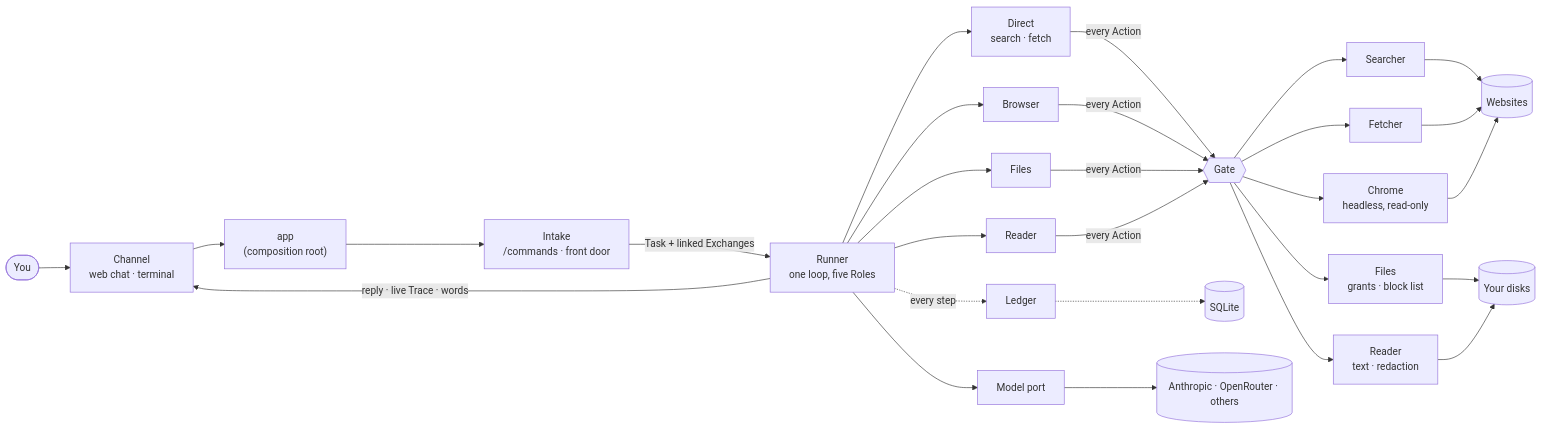
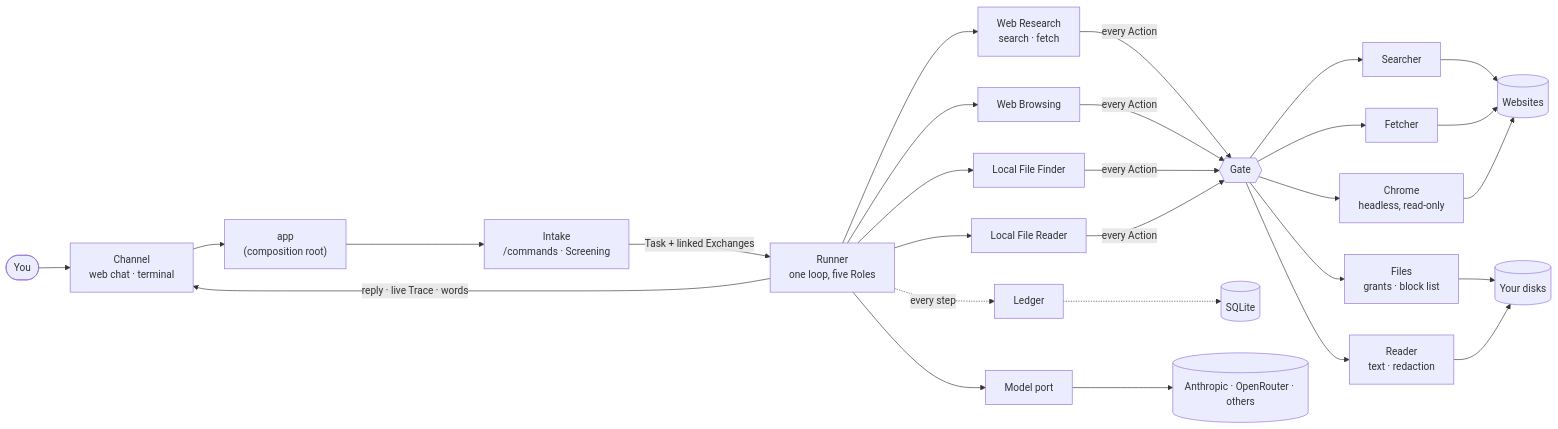
One commit to orijeet100/Stepout-AI changed the diagram in docs/architecture.md. Above: the diagram before and after it, drawn with Mermaid. The commit also changed other lines of this file and 78 other files, not shown here.

First line of the commit message:
refactor: name agents by use case; retire "front door" and "hand"

````diff
--- a/docs/architecture.md
+++ b/docs/architecture.md
@@ -7,12 +7,12 @@
 ```mermaid
 flowchart LR
-    You(["You"]) --> Channel["Channel<br/>web chat · terminal"] --> App["app<br/>(composition root)"] --> Intake["Intake<br/>/commands · front door"]
+    You(["You"]) --> Channel["Channel<br/>web chat · terminal"] --> App["app<br/>(composition root)"] --> Intake["Intake<br/>/commands · Screening"]
     Intake -->|Task + linked Exchanges| Runner["Runner<br/>one loop, five Roles"]
     Runner -->|reply · live Trace · words| Channel
-    Runner --> Direct["Direct<br/>search · fetch"] & BrowserA["Browser"] & FilesA["Files"] & ReaderA["Reader"]
+    Runner --> Direct["Web Research<br/>search · fetch"] & BrowserA["Web Browsing"] & FilesA["Local File Finder"] & ReaderA["Local File Reader"]
     Direct & BrowserA & FilesA & ReaderA -->|every Action| Gate{{"Gate"}}
     Gate --> Search["Searcher"] & Fetcher & Chrome["Chrome<br/>headless, read-only"] --> Web[("Websites")]
     Gate --> FilesM["Files<br/>grants · block list"] & ReadText["Reader<br/>text · redaction"] --> Disk[("Your disks")]
     Runner -.->|every step| Ledger -.-> Store[("SQLite")]
     Runner --> Model["Model port"] --> Providers[("Anthropic · OpenRouter · others")]
 ```
````
